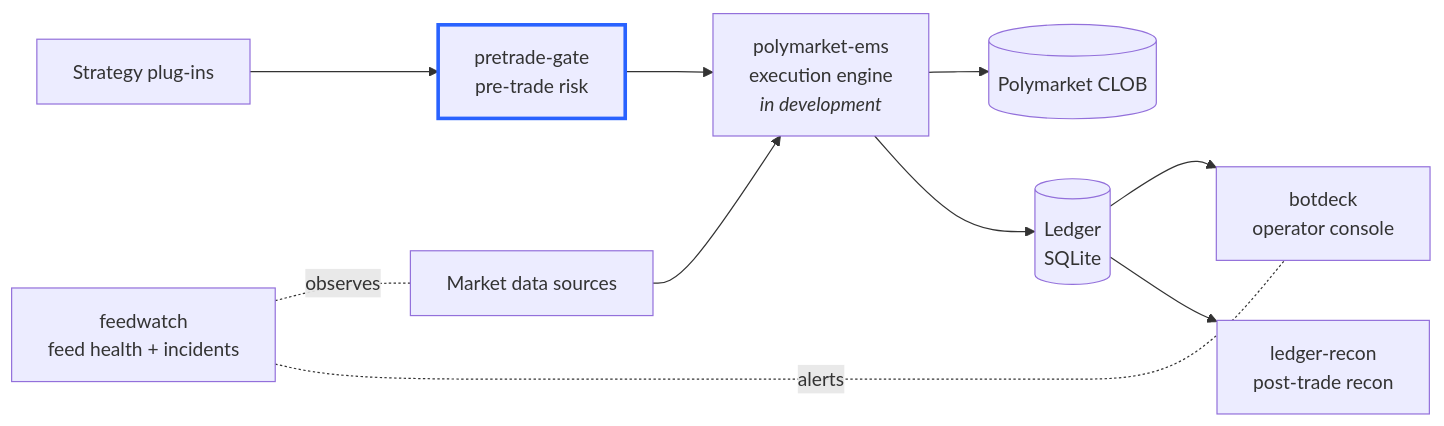
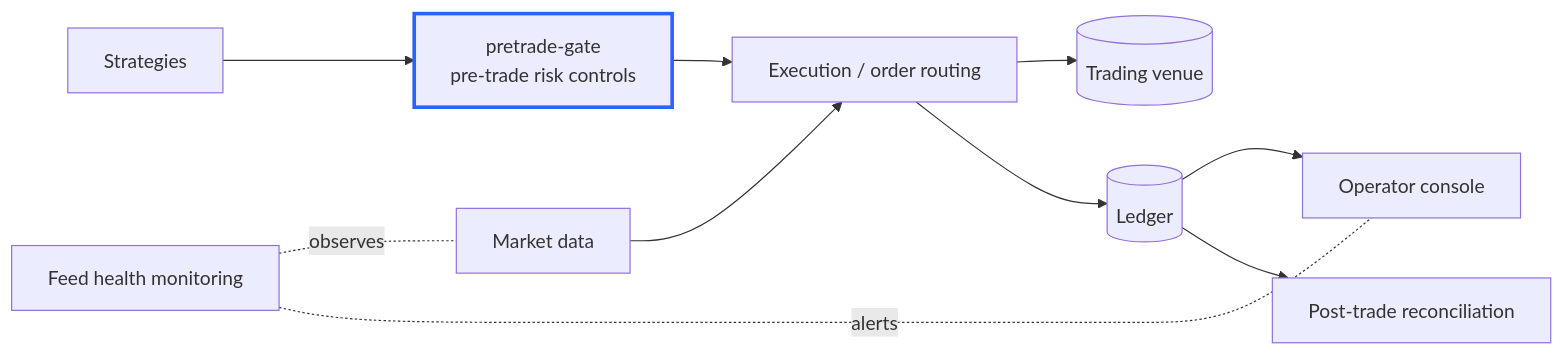
One commit to zayansalman/pretrade-risk-controls changed the first of 3 diagrams in README.md. Above: the diagram before and after it, drawn with Mermaid. The commit also changed other lines of this file and 23 other files, not shown here.

First line of the commit message:
feat!: rework into a pre-trade risk control layer with institutional vocabulary

````diff
--- a/README.md
+++ b/README.md
@@ -19,14 +234,14 @@
 ```mermaid
 flowchart LR
-    S[Strategy plug-ins] --> R[pretrade-gate<br/>pre-trade risk]
-    D[Market data sources] --> E
-    R --> E[polymarket-ems<br/>execution engine<br/><i>in development</i>]
-    E --> V[(Polymarket CLOB)]
-    E --> L[(Ledger<br/>SQLite)]
-    L --> C[botdeck<br/>operator console]
-    L --> P[ledger-recon<br/>post-trade recon]
-    F[feedwatch<br/>feed health + incidents] -.observes.- D
+    S[Strategies] --> R[pretrade-gate<br/>pre-trade risk controls]
+    D[Market data] --> E
+    R --> E[Execution / order routing]
+    E --> V[(Trading venue)]
+    E --> L[(Ledger)]
+    L --> C[Operator console]
+    L --> P[Post-trade reconciliation]
+    F[Feed health monitoring] -.observes.- D
     F -.alerts.- C
     classDef here stroke-width:3px,stroke:#2962ff
     class R here
 ```
````
